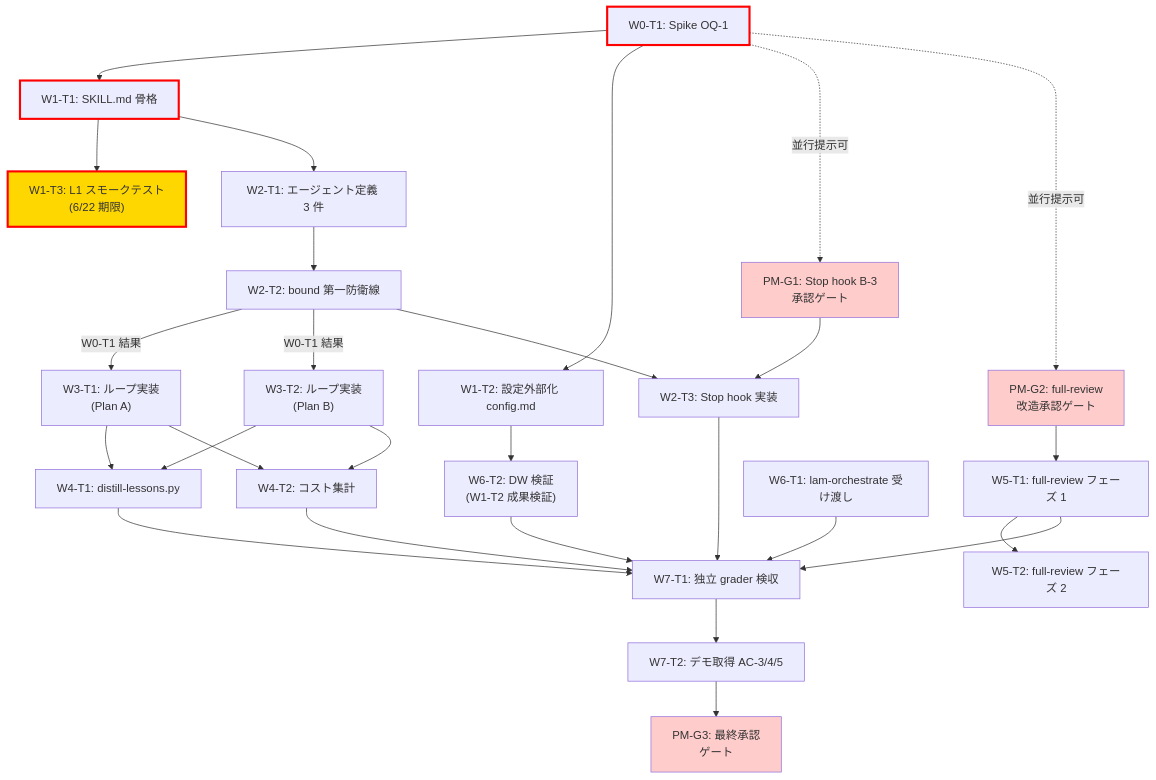
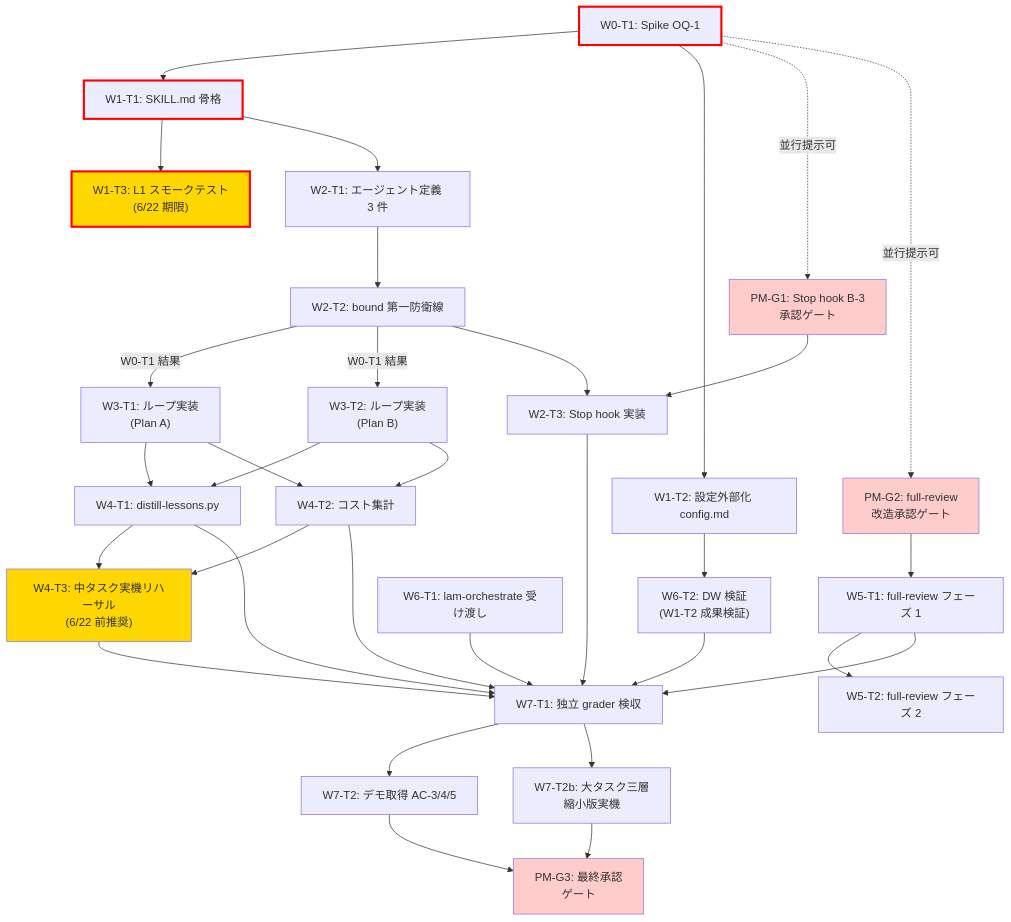
One commit to sougetuOte/LivingArchitectModel changed the diagram in docs/specs/goal-driven-orchestration/tasks.md. Above: the diagram before and after it, drawn with Mermaid. The commit also changed other lines of this file, not shown here.

````diff
--- a/docs/specs/goal-driven-orchestration/tasks.md
+++ b/docs/specs/goal-driven-orchestration/tasks.md
@@ -35,45 +35,51 @@
 ```mermaid
 flowchart TD
     W0[W0-T1: Spike OQ-1] --> W1T1[W1-T1: SKILL.md 骨格]
     W0 --> W1T2[W1-T2: 設定外部化 config.md]
     W1T1 --> W1T3["W1-T3: L1 スモークテスト<br/>(6/22 期限)"]
     
     W0 -.並行提示可.-> PG1["PM-G1: Stop hook B-3<br/>承認ゲート"]
     W0 -.並行提示可.-> PG2["PM-G2: full-review<br/>改造承認ゲート"]
     
     W1T1 --> W2T1[W2-T1: エージェント定義 3 件]
     W2T1 --> W2T2[W2-T2: bound 第一防衛線]
     W2T2 -->|W0-T1 結果| W3A["W3-T1: ループ実装<br/>(Plan A)"]
     W2T2 -->|W0-T1 結果| W3B["W3-T2: ループ実装<br/>(Plan B)"]
     
     PG1 --> W2T3[W2-T3: Stop hook 実装]
     W2T2 --> W2T3
     
     W3A --> W4T1[W4-T1: distill-lessons.py]
     W3B --> W4T1
     W3A --> W4T2[W4-T2: コスト集計]
     W3B --> W4T2
+    W4T1 --> W4T3["W4-T3: 中タスク実機リハーサル<br/>(6/22 前推奨)"]
+    W4T2 --> W4T3
+    W4T3 --> W7T1
     
     W1T2 --> W6T2["W6-T2: DW 検証<br/>(W1-T2 成果検証)"]
     
     PG2 --> W5T1[W5-T1: full-review フェーズ 1]
     W5T1 --> W5T2[W5-T2: full-review フェーズ 2]
     
     W4T1 --> W7T1[W7-T1: 独立 grader 検収]
     W4T2 --> W7T1
     W2T3 --> W7T1
     W5T1 --> W7T1
     W6T1[W6-T1: lam-orchestrate 受け渡し] --> W7T1
     W6T2 --> W7T1
     
     W7T1 --> W7T2[W7-T2: デモ取得 AC-3/4/5]
+    W7T1 --> W7T2b["W7-T2b: 大タスク三層<br/>縮小版実機"]
     W7T2 --> PG3["PM-G3: 最終承認<br/>ゲート"]
+    W7T2b --> PG3
     
     style W1T3 fill:#ffd700
+    style W4T3 fill:#ffd700
     style PG1 fill:#ffcccc
     style PG2 fill:#ffcccc
     style PG3 fill:#ffcccc
     
     classDef critical-path stroke:#f00,stroke-width:3px
     class W0,W1T1,W1T3 critical-path
 ```
````
